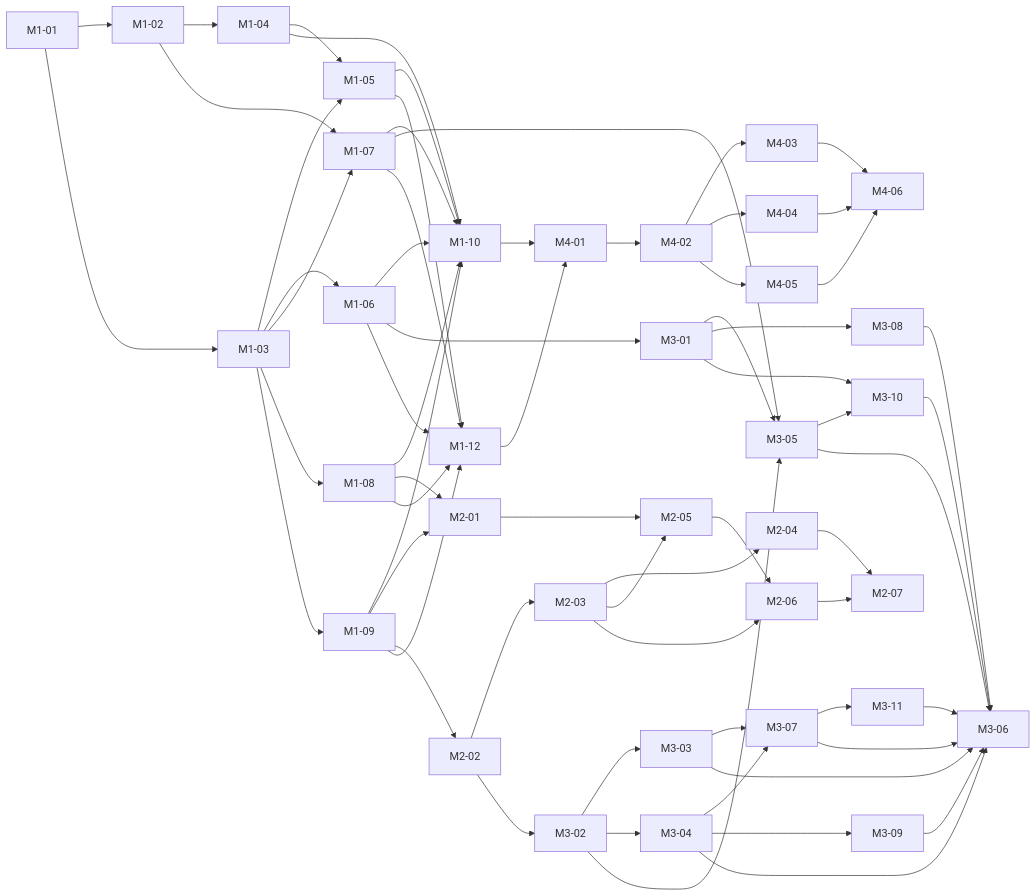
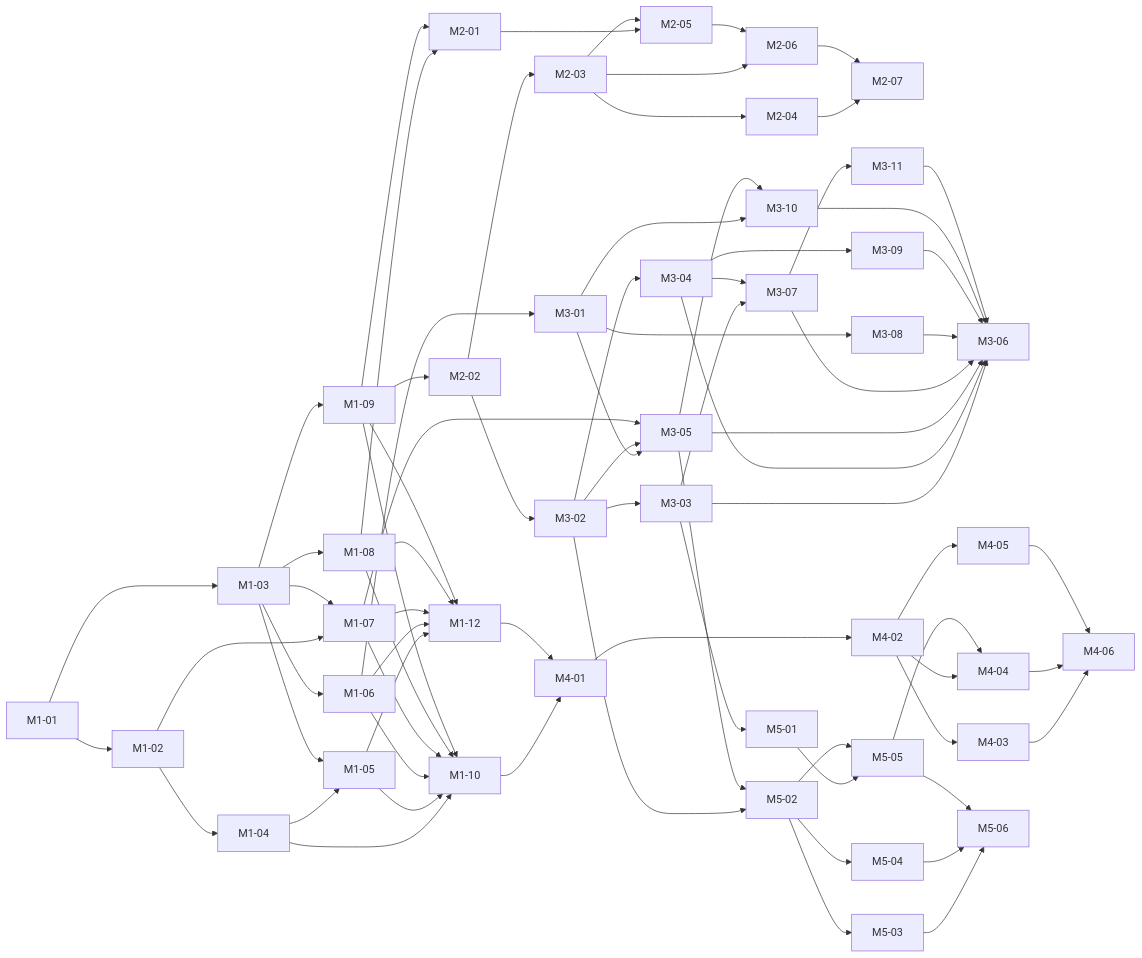
Before and after one commit to Duresa7/app-portal: the diagram in docs/ROADMAP.md, drawn with Mermaid. The commit also changed other lines of this file and 7 other files, not shown here.

````diff
--- a/docs/ROADMAP.md
+++ b/docs/ROADMAP.md
@@ -92,30 +102,37 @@
 ```mermaid
 graph LR
   M1-01 --> M1-02 --> M1-04 --> M1-05
   M1-01 --> M1-03 --> M1-05
   M1-03 --> M1-06
   M1-02 --> M1-07
   M1-03 --> M1-07
   M1-03 --> M1-08
   M1-03 --> M1-09
   M1-04 & M1-05 & M1-06 & M1-07 & M1-08 & M1-09 --> M1-10
   M1-08 & M1-09 --> M2-01
   M1-09 --> M2-02 --> M2-03 --> M2-04
   M2-01 & M2-03 --> M2-05
   M2-03 & M2-05 --> M2-06
   M2-04 & M2-06 --> M2-07
   M1-06 --> M3-01
   M2-02 --> M3-02 --> M3-03
   M3-02 --> M3-04
   M3-01 & M3-02 & M1-07 --> M3-05
   M3-03 & M3-04 --> M3-07 --> M3-11
   M3-01 --> M3-08
   M3-04 --> M3-09
   M3-01 & M3-05 --> M3-10
   M3-03 & M3-04 & M3-05 & M3-07 & M3-08 & M3-09 & M3-10 & M3-11 --> M3-06
   M1-05 & M1-06 & M1-07 & M1-08 & M1-09 --> M1-12
   M1-10 & M1-12 --> M4-01 --> M4-02 --> M4-03
   M4-02 --> M4-04
   M4-02 --> M4-05
   M4-03 & M4-04 & M4-05 --> M4-06
+  M3-03 --> M5-01
+  M3-02 & M3-05 --> M5-02
+  M5-02 --> M5-03
+  M5-02 --> M5-04
+  M5-01 & M5-02 --> M5-05
+  M5-03 & M5-04 & M5-05 --> M5-06
+  M5-05 --> M4-04
 ```
````
